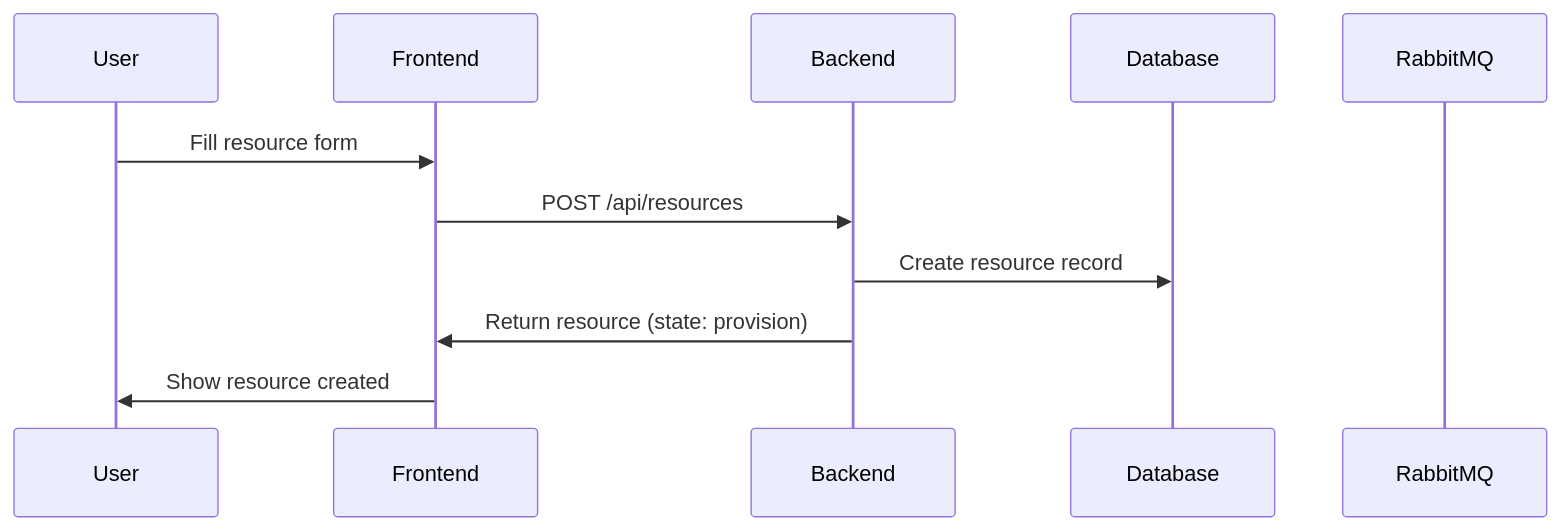
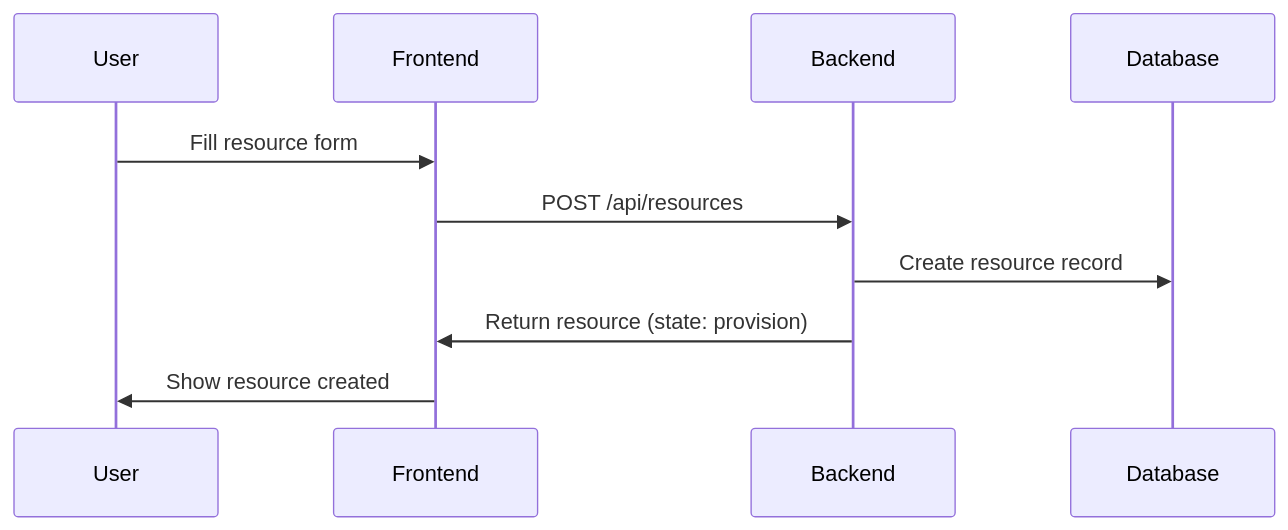
Before and after one commit to electrolux-oss/infrakitchen: the first of 3 diagrams in docs/architecture.mdx, drawn with Mermaid. The commit also changed other lines of this file and 46 other files, not shown here.

````diff
--- a/docs/architecture.mdx
+++ b/docs/architecture.mdx
@@ -29,14 +28,13 @@
 ```mermaid
 sequenceDiagram
     participant User
     participant Frontend
     participant Backend
     participant Database
-    participant RabbitMQ
 
     User->>Frontend: Fill resource form
     Frontend->>Backend: POST /api/resources
     Backend->>Database: Create resource record
     Backend->>Frontend: Return resource (state: provision)
     Frontend->>User: Show resource created
 ```
````
